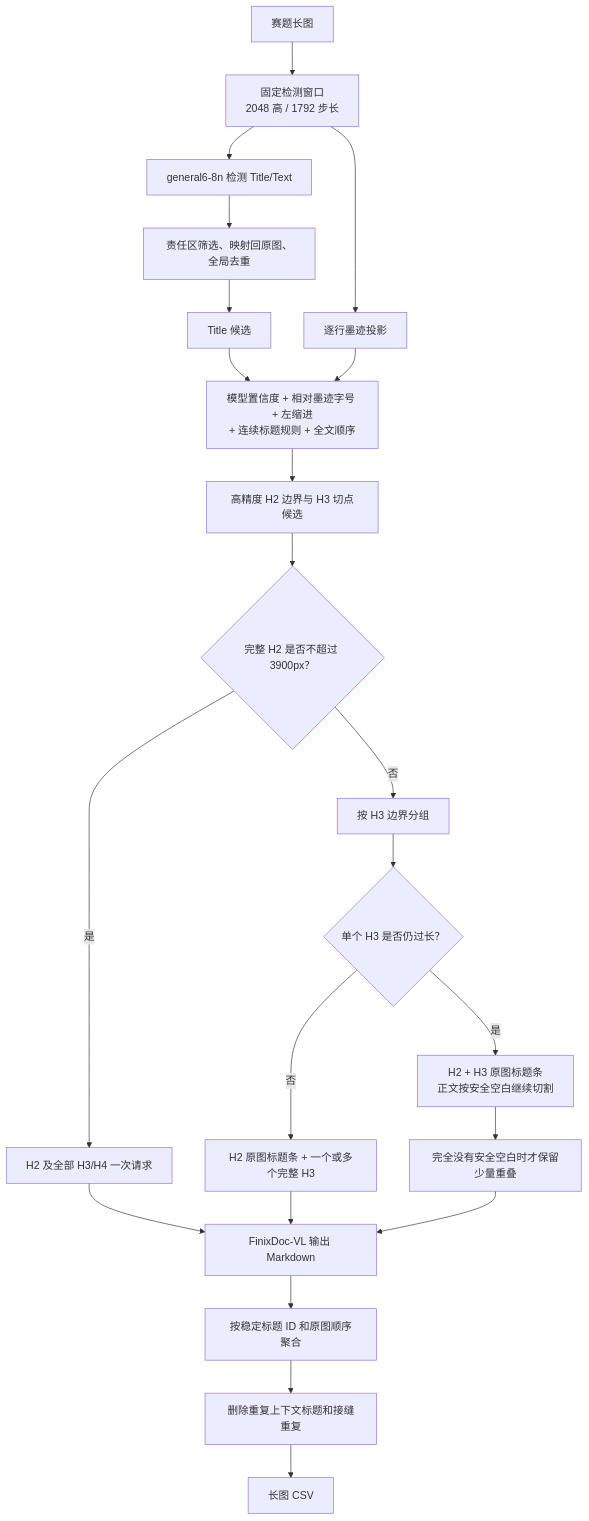
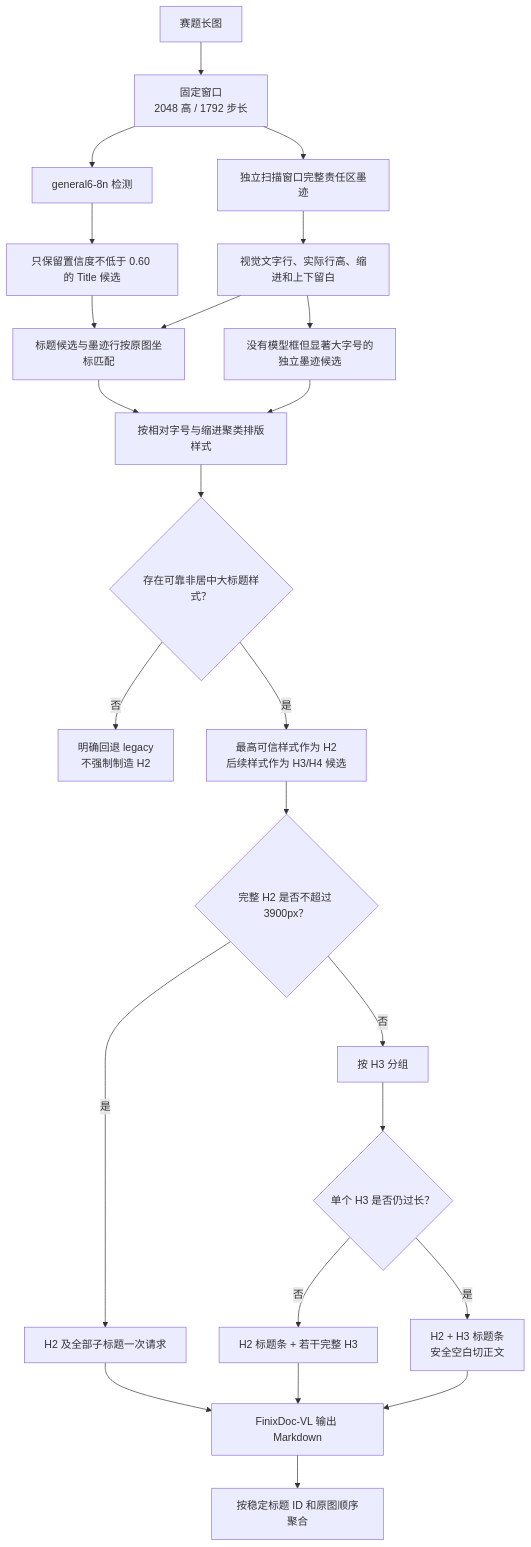
One commit to AAAXXS-0/CAFA6202 changed the diagram in afac_pipeline/long/README.md. Above: the diagram before and after it, drawn with Mermaid. The commit also changed other lines of this file and 14 other files, not shown here.

````diff
--- a/afac_pipeline/long/README.md
+++ b/afac_pipeline/long/README.md
@@ -7,24 +7,26 @@
 ```mermaid
 flowchart TD
-    A["赛题长图"] --> B["固定检测窗口<br/>2048 高 / 1792 步长"]
-    B --> C["general6-8n 检测 Title/Text"]
-    C --> D["责任区筛选、映射回原图、全局去重"]
-    B --> E["逐行墨迹投影"]
-    D --> F["Title 候选"]
-    F --> G["模型置信度 + 相对墨迹字号 + 左缩进<br/>+ 连续标题规则 + 全文顺序"]
-    E --> G
-    G --> H["高精度 H2 边界与 H3 切点候选"]
-    H --> I{"完整 H2 是否不超过 3900px？"}
-    I -- "是" --> J["H2 及全部 H3/H4 一次请求"]
-    I -- "否" --> K["按 H3 边界分组"]
-    K --> L{"单个 H3 是否仍过长？"}
-    L -- "否" --> M["H2 原图标题条 + 一个或多个完整 H3"]
-    L -- "是" --> N["H2 + H3 原图标题条<br/>正文按安全空白继续切割"]
-    N --> O["完全没有安全空白时才保留少量重叠"]
-    J --> P["FinixDoc-VL 输出 Markdown"]
-    M --> P
-    O --> P
-    P --> Q["按稳定标题 ID 和原图顺序聚合"]
-    Q --> R["删除重复上下文标题和接缝重复"]
-    R --> S["长图 CSV"]
+    A["赛题长图"] --> B["固定窗口<br/>2048 高 / 1792 步长"]
+    B --> C["general6-8n 检测"]
+    C --> D["只保留置信度不低于 0.60 的 Title 候选"]
+    B --> E["独立扫描窗口完整责任区墨迹"]
+    E --> F["视觉文字行、实际行高、缩进和上下留白"]
+    D --> G["标题候选与墨迹行按原图坐标匹配"]
+    F --> G
+    F --> H["没有模型框但显著大字号的独立墨迹候选"]
+    G --> I["按相对字号与缩进聚类排版样式"]
+    H --> I
+    I --> J{"存在可靠非居中大标题样式？"}
+    J -- "否" --> K["明确回退 legacy<br/>不强制制造 H2"]
+    J -- "是" --> L["最高可信样式作为 H2<br/>后续样式作为 H3/H4 候选"]
+    L --> M{"完整 H2 是否不超过 3900px？"}
+    M -- "是" --> N["H2 及全部子标题一次请求"]
+    M -- "否" --> O["按 H3 分组"]
+    O --> P{"单个 H3 是否仍过长？"}
+    P -- "否" --> Q["H2 标题条 + 若干完整 H3"]
+    P -- "是" --> R["H2 + H3 标题条<br/>安全空白切正文"]
+    N --> S["FinixDoc-VL 输出 Markdown"]
+    Q --> S
+    R --> S
+    S --> T["按稳定标题 ID 和原图顺序聚合"]
 ```
````
